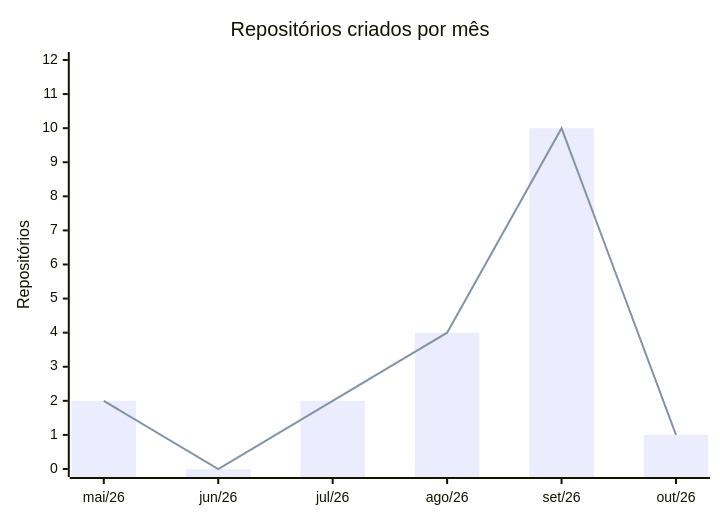
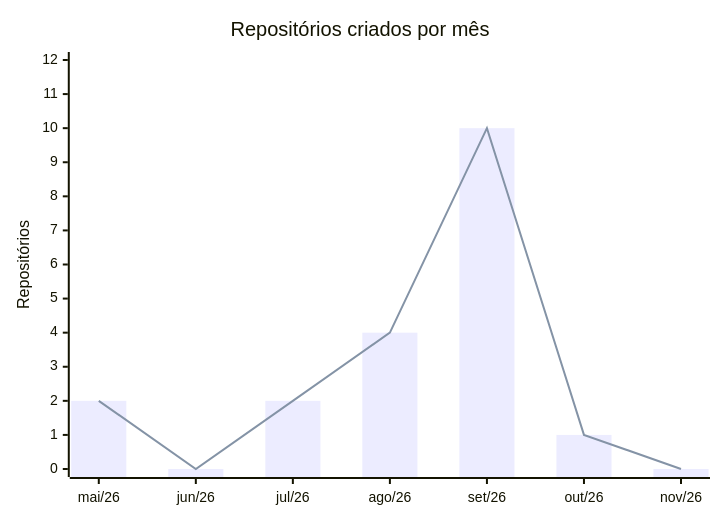
Before and after one commit to renanbarrostech-cmd/renanbarrostech-cmd: the tenth of 14 diagrams in README.md, drawn with Mermaid. The commit also changed other lines of this file and 2 other files, not shown here.

````diff
--- a/README.md
+++ b/README.md
@@ -618,8 +618,8 @@
 ```mermaid
 xychart-beta
     title "Repositórios criados por mês"
-    x-axis ["mai/26", "jun/26", "jul/26", "ago/26", "set/26", "out/26"]
+    x-axis ["mai/26", "jun/26", "jul/26", "ago/26", "set/26", "out/26", "nov/26"]
     y-axis "Repositórios" 0 --> 12
-    bar [2, 0, 2, 4, 10, 1]
-    line [2, 0, 2, 4, 10, 1]
+    bar [2, 0, 2, 4, 10, 1, 0]
+    line [2, 0, 2, 4, 10, 1, 0]
 ```
````
